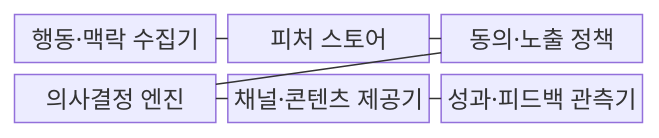
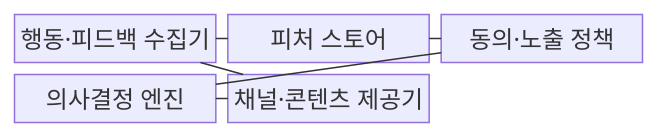
Before and after one commit to agnusdei1207/knowledge-base: the first of 2 diagrams in src/content/docs/notes/03-software/210_hyper_personalization_service.md, drawn with Mermaid. The commit also changed other lines of this file and 20 other files, not shown here.

````diff
--- a/src/content/docs/notes/03-software/210_hyper_personalization_service.md
+++ b/src/content/docs/notes/03-software/210_hyper_personalization_service.md
@@ -52,15 +56,14 @@
 ```mermaid
 block-beta
     columns 3
-    A["행동·맥락 수집기"]
+    A["행동·피드백 수집기"]
     B["피처 스토어"]
     C["동의·노출 정책"]
     D["의사결정 엔진"]
     E["채널·콘텐츠 제공기"]
-    F["성과·피드백 관측기"]
     A --- B
     B --- C
     C --- D
     D --- E
-    E --- F
+    E --- A
 ```
````
